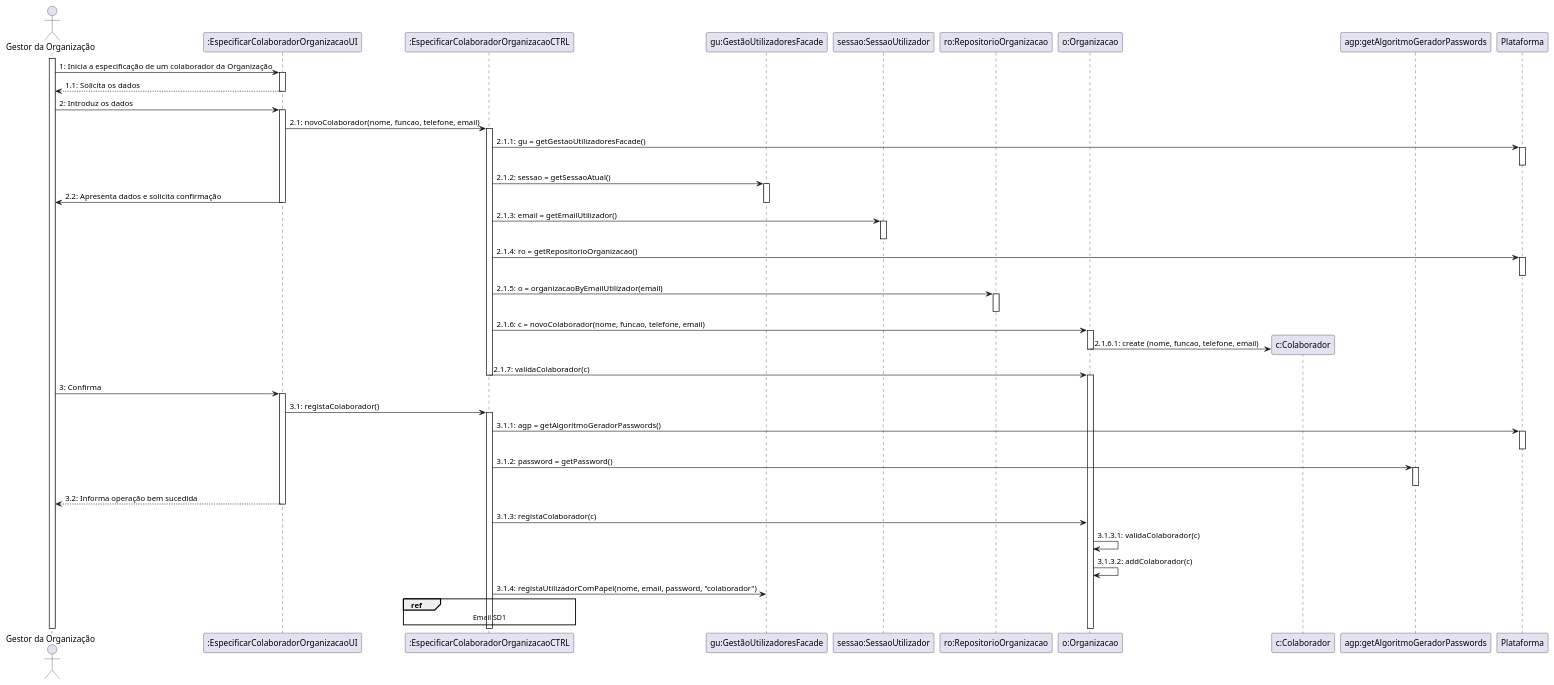
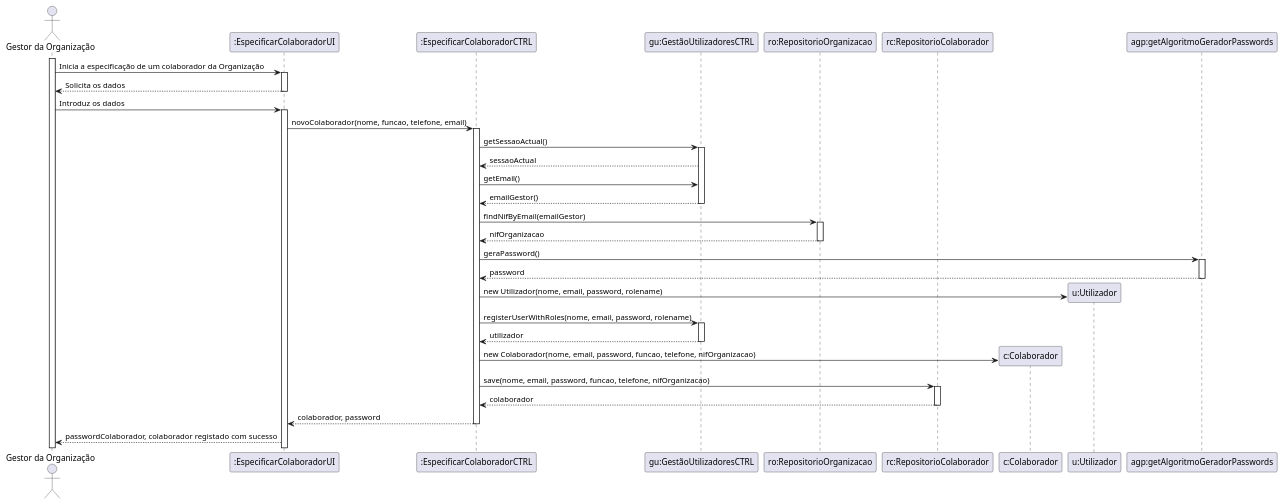
Before and after one commit to blestonbandeiraUPSKILL/upskill_java1_labprg_grupo2: the diagram in Documentação/Sprint 2/UC05_Especificar_Colaborador_Organizacao/UC05_Especificar_Colaborador_Diagrama_Sequencia.puml, drawn with PlantUML. The commit also changed 10 other files, not shown here.

```diff
--- a/Documentação/Sprint 2/UC05_Especificar_Colaborador_Organizacao/UC05_Especificar_Colaborador_Diagrama_Sequencia.puml
+++ b/Documentação/Sprint 2/UC05_Especificar_Colaborador_Organizacao/UC05_Especificar_Colaborador_Diagrama_Sequencia.puml
@@ -1,69 +1,58 @@
 @startuml
 
 actor "Gestor da Organização" as GestorOrganizacao
-participant ":EspecificarColaboradorOrganizacaoUI" as EspecificarColaboradorOrganizacaoUI
-participant ":EspecificarColaboradorOrganizacaoCTRL" as EspecificarColaboradorOrganizacaoCTRL
-participant "gu:GestãoUtilizadoresFacade" as GestaoUtilizadoresFacade
-participant "sessao:SessaoUtilizador" as SessaoUtilizador
+participant ":EspecificarColaboradorUI" as EspecificarColaboradorUI
+participant ":EspecificarColaboradorCTRL" as EspecificarColaboradorCTRL
+participant "gu:GestãoUtilizadoresCTRL" as GestaoUtilizadoresCTRL
 participant "ro:RepositorioOrganizacao" as RepositorioOrganizacao
-participant "o:Organizacao" as Organizacao
+participant "rc:RepositorioColaborador" as RepositorioColaborador
 participant "c:Colaborador" as Colaborador
+participant "u:Utilizador" as Utilizador
 participant "agp:getAlgoritmoGeradorPasswords" as AlgoritmoGeradorPasswords
 
 activate GestorOrganizacao
-GestorOrganizacao -> EspecificarColaboradorOrganizacaoUI: 1: Inicia a especificação de um colaborador da Organização
-activate EspecificarColaboradorOrganizacaoUI
-EspecificarColaboradorOrganizacaoUI --> GestorOrganizacao: 1.1: Solicita os dados
-deactivate EspecificarColaboradorOrganizacaoUI
-GestorOrganizacao -> EspecificarColaboradorOrganizacaoUI: 2: Introduz os dados
-activate EspecificarColaboradorOrganizacaoUI
-EspecificarColaboradorOrganizacaoUI -> EspecificarColaboradorOrganizacaoCTRL: 2.1: novoColaborador(nome, funcao, telefone, email)
-activate EspecificarColaboradorOrganizacaoCTRL
-EspecificarColaboradorOrganizacaoCTRL -> Plataforma: 2.1.1: gu = getGestaoUtilizadoresFacade()
-activate Plataforma
-deactivate Plataforma
+GestorOrganizacao -> EspecificarColaboradorUI: Inicia a especificação de um colaborador da Organização
+activate EspecificarColaboradorUI
+EspecificarColaboradorUI --> GestorOrganizacao: Solicita os dados
+deactivate EspecificarColaboradorUI
+GestorOrganizacao -> EspecificarColaboradorUI: Introduz os dados
+activate EspecificarColaboradorUI
+EspecificarColaboradorUI -> EspecificarColaboradorCTRL: novoColaborador(nome, funcao, telefone, email)
+activate EspecificarColaboradorCTRL
 
-EspecificarColaboradorOrganizacaoCTRL -> GestaoUtilizadoresFacade: 2.1.2: sessao = getSessaoAtual()
-activate GestaoUtilizadoresFacade
-EspecificarColaboradorOrganizacaoUI -> GestorOrganizacao: 2.2: Apresenta dados e solicita confirmação
-deactivate EspecificarColaboradorOrganizacaoUI
-deactivate GestaoUtilizadoresFacade
-EspecificarColaboradorOrganizacaoCTRL -> SessaoUtilizador: 2.1.3: email = getEmailUtilizador() 
-activate SessaoUtilizador
-deactivate SessaoUtilizador
-EspecificarColaboradorOrganizacaoCTRL -> Plataforma: 2.1.4: ro = getRepositorioOrganizacao()
-activate Plataforma
-deactivate Plataforma
-EspecificarColaboradorOrganizacaoCTRL -> RepositorioOrganizacao: 2.1.5: o = organizacaoByEmailUtilizador(email)
+EspecificarColaboradorCTRL -> GestaoUtilizadoresCTRL: getSessaoActual()
+activate GestaoUtilizadoresCTRL
+GestaoUtilizadoresCTRL --> EspecificarColaboradorCTRL: sessaoActual
+EspecificarColaboradorCTRL -> GestaoUtilizadoresCTRL: getEmail() 
+GestaoUtilizadoresCTRL --> EspecificarColaboradorCTRL: emailGestor()
+deactivate GestaoUtilizadoresCTRL
+
+EspecificarColaboradorCTRL -> RepositorioOrganizacao: findNifByEmail(emailGestor)
 activate RepositorioOrganizacao
+RepositorioOrganizacao --> EspecificarColaboradorCTRL: nifOrganizacao
 deactivate RepositorioOrganizacao
-EspecificarColaboradorOrganizacaoCTRL -> Organizacao: 2.1.6: c = novoColaborador(nome, funcao, telefone, email)
-activate Organizacao
+EspecificarColaboradorCTRL -> AlgoritmoGeradorPasswords: geraPassword()
+activate AlgoritmoGeradorPasswords
+AlgoritmoGeradorPasswords --> EspecificarColaboradorCTRL: password
+deactivate AlgoritmoGeradorPasswords
+create Utilizador
+EspecificarColaboradorCTRL -> Utilizador: new Utilizador(nome, email, password, rolename)
+EspecificarColaboradorCTRL -> GestaoUtilizadoresCTRL: registerUserWithRoles(nome, email, password, rolename)
+activate GestaoUtilizadoresCTRL
+GestaoUtilizadoresCTRL --> EspecificarColaboradorCTRL: utilizador
+deactivate GestaoUtilizadoresCTRL
 create Colaborador
-Organizacao -> Colaborador: 2.1.6.1: create (nome, funcao, telefone, email)
-deactivate Organizacao
-EspecificarColaboradorOrganizacaoCTRL -> Organizacao : 2.1.7: validaColaborador(c)
-deactivate EspecificarColaboradorOrganizacaoCTRL
-activate  Organizacao 
-deactivate Organizacao
-GestorOrganizacao -> EspecificarColaboradorOrganizacaoUI: 3: Confirma
-activate EspecificarColaboradorOrganizacaoUI
-EspecificarColaboradorOrganizacaoUI -> EspecificarColaboradorOrganizacaoCTRL: 3.1: registaColaborador()
-activate EspecificarColaboradorOrganizacaoCTRL
-EspecificarColaboradorOrganizacaoCTRL -> Plataforma: 3.1.1: agp = getAlgoritmoGeradorPasswords()
-activate Plataforma
-deactivate Plataforma
-EspecificarColaboradorOrganizacaoCTRL -> AlgoritmoGeradorPasswords: 3.1.2: password = getPassword()
-activate AlgoritmoGeradorPasswords
-deactivate AlgoritmoGeradorPasswords
-EspecificarColaboradorOrganizacaoUI --> GestorOrganizacao: 3.2: Informa operação bem sucedida
-deactivate EspecificarColaboradorOrganizacaoUI
-EspecificarColaboradorOrganizacaoCTRL -> Organizacao: 3.1.3: registaColaborador(c)
-Organizacao -> Organizacao : 3.1.3.1: validaColaborador(c)
-Organizacao -> Organizacao : 3.1.3.2: addColaborador(c)
-EspecificarColaboradorOrganizacaoCTRL -> GestaoUtilizadoresFacade: 3.1.4: registaUtilizadorComPapel(nome, email, password, "colaborador")
-ref over EspecificarColaboradorOrganizacaoCTRL
-Email SD1
-end ref
+EspecificarColaboradorCTRL -> Colaborador: new Colaborador(nome, email, password, funcao, telefone, nifOrganizacao)
+EspecificarColaboradorCTRL -> RepositorioColaborador: save(nome, email, password, funcao, telefone, nifOrganizacao)
+activate RepositorioColaborador
+RepositorioColaborador --> EspecificarColaboradorCTRL: colaborador
+deactivate RepositorioColaborador
+
+EspecificarColaboradorCTRL --> EspecificarColaboradorUI: colaborador, password
+deactivate EspecificarColaboradorCTRL
+EspecificarColaboradorUI --> GestorOrganizacao: passwordColaborador, colaborador registado com sucesso
+
+
+
 
 @enduml
```
